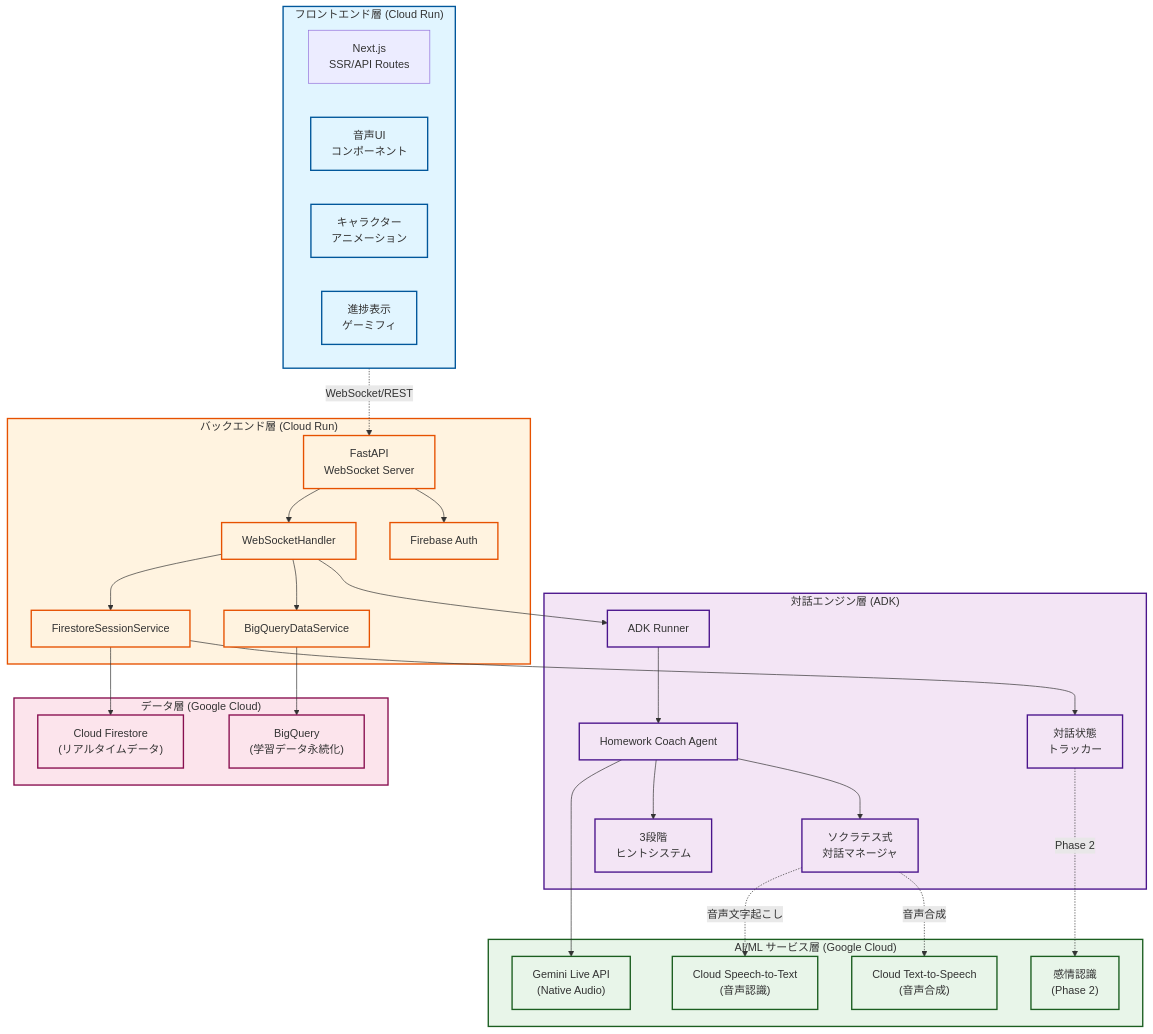
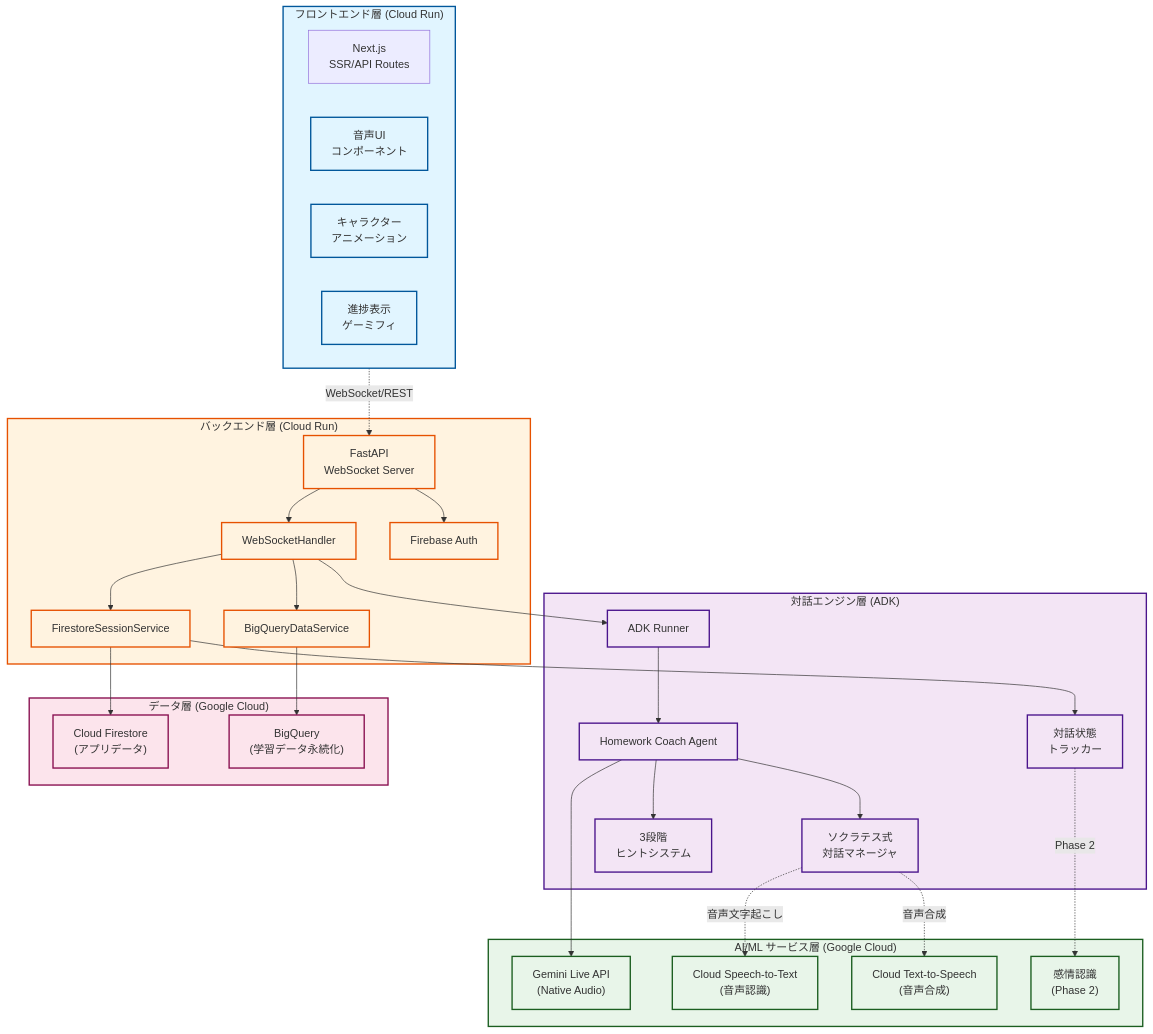
The first of 10 diagrams in docs/functional-design.md (arakitakashi/homework-coach-robo), drawn with Mermaid before and after one commit. The commit also changed other lines of this file and 3 other files, not shown here.

First line of the commit message:
docs: README.mdにMermaid形式アーキテクチャ図を追加 (#163)

````diff
--- a/docs/functional-design.md
+++ b/docs/functional-design.md
@@ -13,76 +13,76 @@
 ```mermaid
 graph TB
     subgraph Frontend["フロントエンド層 (Cloud Run)"]
         NextJS["Next.js<br/>SSR/API Routes"]
         VoiceUI["音声UI<br/>コンポーネント"]
         Character["キャラクター<br/>アニメーション"]
         Progress["進捗表示<br/>ゲーミフィ"]
     end
 
     subgraph Backend["バックエンド層 (Cloud Run)"]
         FastAPI["FastAPI<br/>WebSocket Server"]
         WSHandler["WebSocketHandler"]
         SessionService["FirestoreSessionService"]
         BQService["BigQueryDataService"]
         Auth["Firebase Auth"]
     end
 
     subgraph Dialogue["対話エンジン層 (ADK)"]
         ADKRunner["ADK Runner"]
         Agent["Homework Coach Agent"]
         SocraticEngine["ソクラテス式<br/>対話マネージャ"]
         HintSystem["3段階<br/>ヒントシステム"]
         StateTracker["対話状態<br/>トラッカー"]
     end
 
     subgraph AIML["AI/ML サービス層 (Google Cloud)"]
         GeminiLive["Gemini Live API<br/>(Native Audio)"]
         STT["Cloud Speech-to-Text<br/>(音声認識)"]
         TTS["Cloud Text-to-Speech<br/>(音声合成)"]
         Emotion["感情認識<br/>(Phase 2)"]
     end
 
     subgraph Data["データ層 (Google Cloud)"]
-        Firestore["Cloud Firestore<br/>(リアルタイムデータ)"]
+        Firestore["Cloud Firestore<br/>(アプリデータ)"]
         BigQuery["BigQuery<br/>(学習データ永続化)"]
     end
 
     %% フロントエンド → バックエンド
     Frontend -.WebSocket/REST.-> FastAPI
 
     %% バックエンド内部フロー
     FastAPI --> WSHandler
     WSHandler --> SessionService
     WSHandler --> BQService
     FastAPI --> Auth
 
     %% バックエンド → 対話エンジン
     WSHandler --> ADKRunner
     ADKRunner --> Agent
     Agent --> SocraticEngine
     Agent --> HintSystem
     SessionService --> StateTracker
 
     %% 対話エンジン → AI/ML
     Agent --> GeminiLive
     SocraticEngine -.音声文字起こし.-> STT
     SocraticEngine -.音声合成.-> TTS
     StateTracker -.Phase 2.-> Emotion
 
     %% データアクセス
     SessionService --> Firestore
     BQService --> BigQuery
 
     %% スタイル
     classDef frontend fill:#e1f5ff,stroke:#01579b,stroke-width:2px
     classDef backend fill:#fff3e0,stroke:#e65100,stroke-width:2px
     classDef dialogue fill:#f3e5f5,stroke:#4a148c,stroke-width:2px
     classDef aiml fill:#e8f5e9,stroke:#1b5e20,stroke-width:2px
     classDef data fill:#fce4ec,stroke:#880e4f,stroke-width:2px
 
     class Frontend,VoiceUI,Character,Progress frontend
     class Backend,FastAPI,WSHandler,SessionService,BQService,Auth backend
     class Dialogue,ADKRunner,Agent,SocraticEngine,HintSystem,StateTracker dialogue
     class AIML,GeminiLive,STT,TTS,Emotion aiml
     class Data,Firestore,BigQuery data
 ```
````
